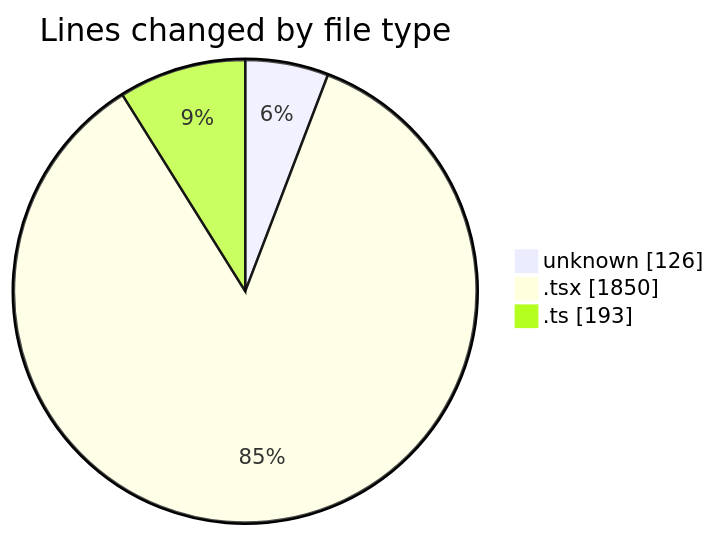
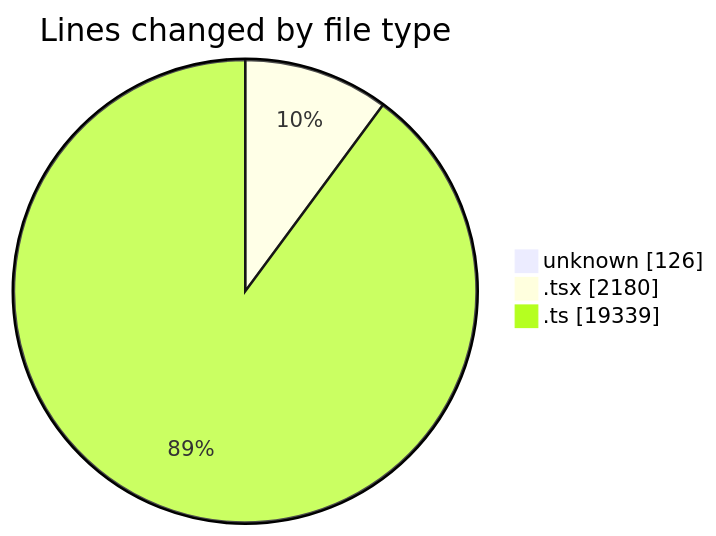
One commit to momahboobian/code-tracking changed the first of 2 diagrams in 2026-09-23/cda/README.md. Above: the diagram before and after it, drawn with Mermaid. The commit also changed other lines of this file and 1 other file, not shown here.

````diff
--- a/2026-09-23/cda/README.md
+++ b/2026-09-23/cda/README.md
@@ -27,7 +32,7 @@
 ```mermaid
 pie showData
 title Lines changed by file type
 "unknown" : 126
-".tsx" : 1850
-".ts" : 193
+".tsx" : 2180
+".ts" : 19339
 ```
````
